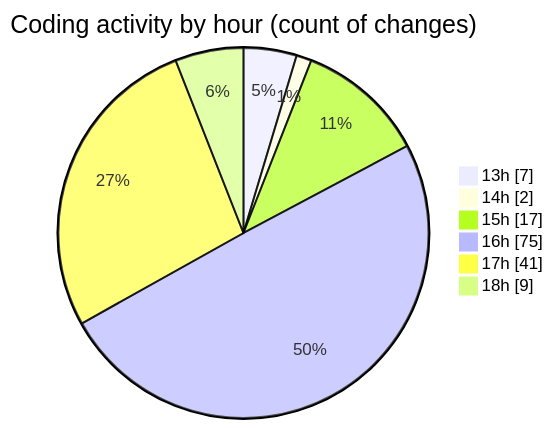
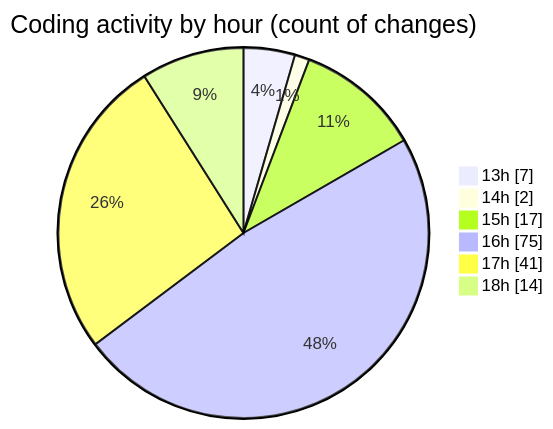
The second of 2 diagrams in 2025-02-24/micros/README.md (charlie-sans/code-tracking), drawn with Mermaid before and after one commit. The commit also changed other lines of this file and 1 other file, not shown here.

````diff
--- a/2025-02-24/micros/README.md
+++ b/2025-02-24/micros/README.md
@@ -49,10 +50,10 @@
 ```mermaid
 pie showData
 title Coding activity by hour (count of changes)
 "13h" : 7
 "14h" : 2
 "15h" : 17
 "16h" : 75
 "17h" : 41
-"18h" : 9
+"18h" : 14
 ```
````
